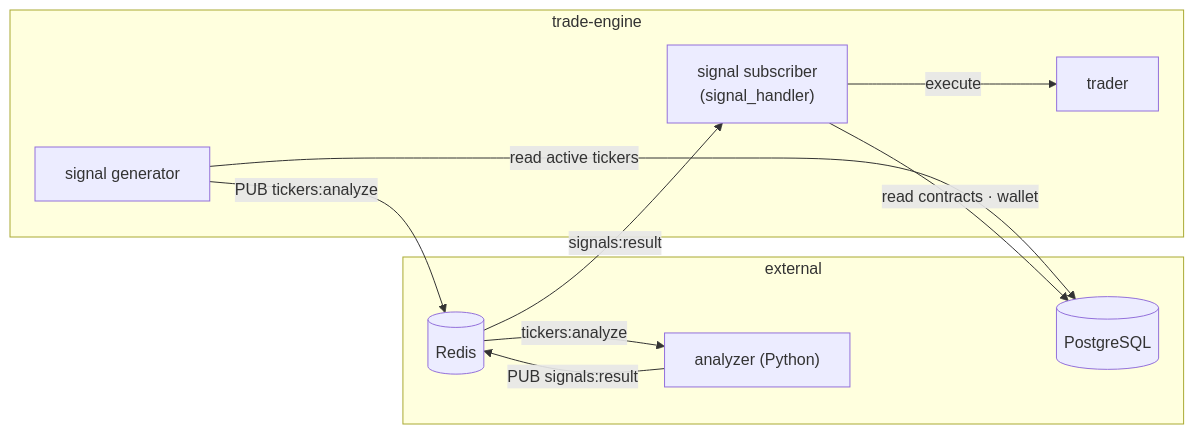
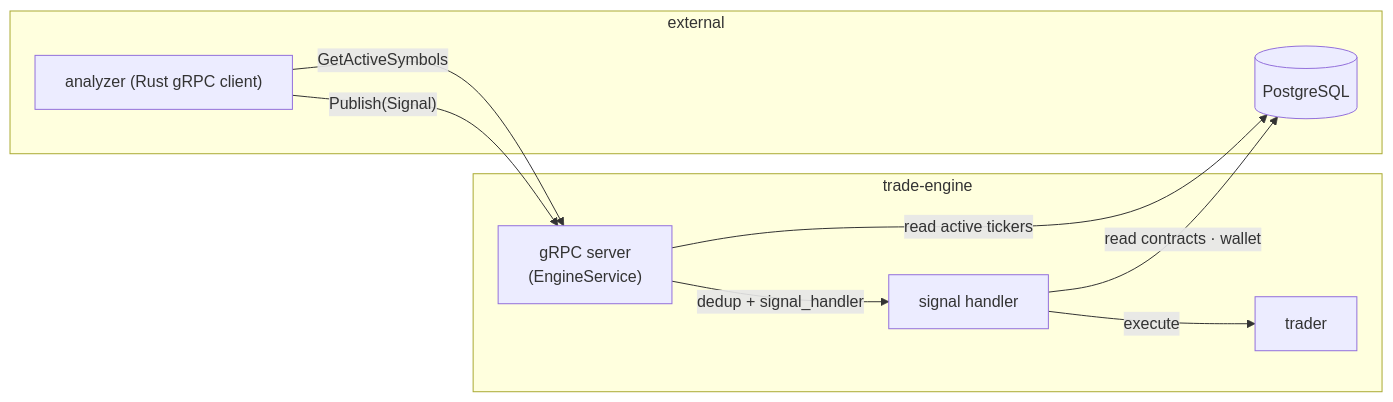
The first of 7 diagrams in process/trade-engine/README.md (N-Choo/CoinBot.v3), drawn with Mermaid before and after one commit. The commit also changed other lines of this file and 80 other files, not shown here.

````diff
--- a/process/trade-engine/README.md
+++ b/process/trade-engine/README.md
@@ -44,21 +46,19 @@
 ```mermaid
 flowchart LR
     subgraph TE["trade-engine"]
-        SG["signal generator"]
-        SH["signal subscriber<br/>(signal_handler)"]
+        GR["gRPC server<br/>(EngineService)"]
+        SH["signal handler"]
         TR["trader"]
     end
     subgraph EXT["external"]
-        RD[("Redis")]
-        AN["analyzer (Python)"]
+        AN["analyzer (Rust gRPC client)"]
         PG[("PostgreSQL")]
     end
 
-    SG -->|"PUB tickers:analyze"| RD
-    SG -->|"read active tickers"| PG
-    RD -->|"tickers:analyze"| AN
-    AN -->|"PUB signals:result"| RD
-    RD -->|"signals:result"| SH
+    AN -->|"GetActiveSymbols"| GR
+    GR -->|"read active tickers"| PG
+    AN -->|"Publish(Signal)"| GR
+    GR -->|"dedup + signal_handler"| SH
     SH -->|"read contracts · wallet"| PG
     SH -->|"execute"| TR
 ```
````
